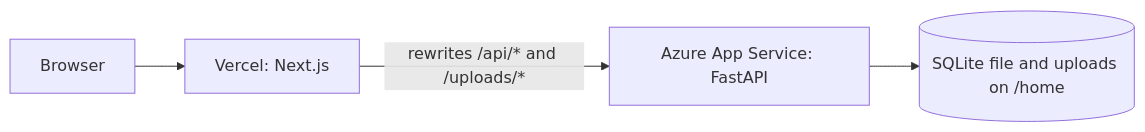
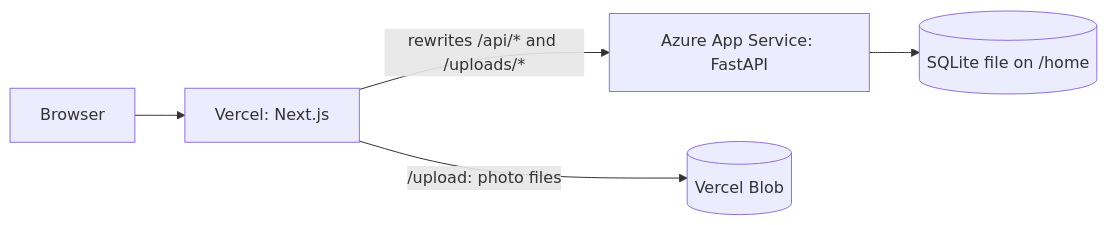
One commit to kshitizj03/airbnb-clone changed the first of 2 diagrams in README.md. Above: the diagram before and after it, drawn with Mermaid. The commit also changed other lines of this file and 6 other files, not shown here.

Commit message:
feat: photo uploads go to Vercel Blob in production

````diff
--- a/README.md
+++ b/README.md
@@ -49,6 +49,7 @@
 ```mermaid
 flowchart LR
   B[Browser] --> V[Vercel: Next.js]
   V -- "rewrites /api/* and /uploads/*" --> A[Azure App Service: FastAPI]
-  A --> D[(SQLite file and uploads on /home)]
+  V -- "/upload: photo files" --> BL[(Vercel Blob)]
+  A --> D[(SQLite file on /home)]
 ```
````
